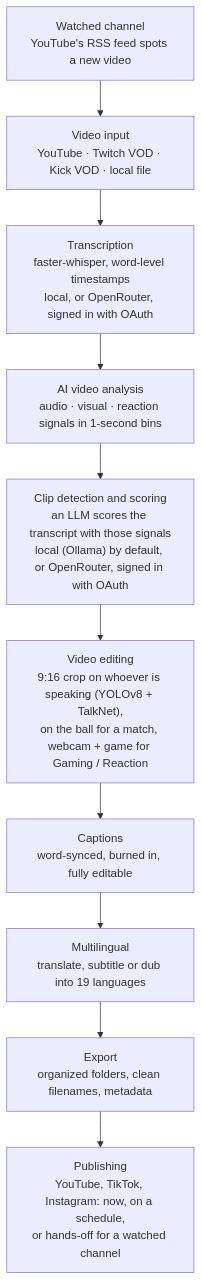
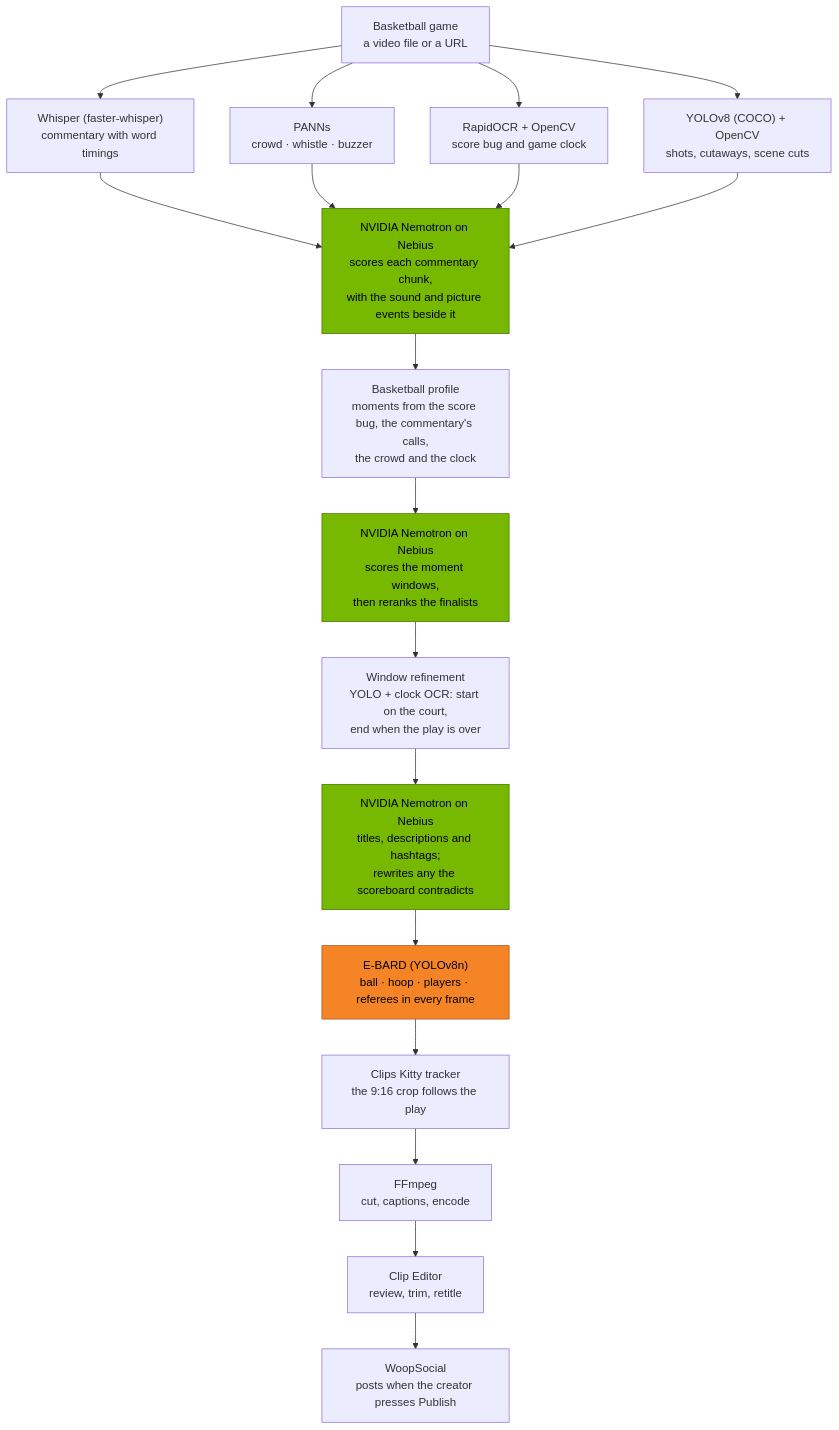
Before and after one commit to ColinGPT9/clips-kitty-nebius-basketball: the diagram in README.md, drawn with Mermaid. The commit also changed other lines of this file and 5 other files, not shown here.

````diff
--- a/README.md
+++ b/README.md
@@ -376,13 +64,22 @@
 ```mermaid
 flowchart TD
-    W["Watched channel<br/>YouTube's RSS feed spots a new video"] --> I
-    I["Video input<br/>YouTube · Twitch VOD · Kick VOD · local file"] --> T
-    T["Transcription<br/>faster-whisper, word-level timestamps<br/>local, or OpenRouter, signed in with OAuth"] --> A
-    A["AI video analysis<br/>audio · visual · reaction signals in 1-second bins"] --> S
-    S["Clip detection and scoring<br/>an LLM scores the transcript with those signals<br/>local (Ollama) by default, or OpenRouter, signed in with OAuth"] --> E
-    E["Video editing<br/>9:16 crop on whoever is speaking (YOLOv8 + TalkNet),<br/>on the ball for a match, webcam + game for Gaming / Reaction"] --> C
-    C["Captions<br/>word-synced, burned in, fully editable"] --> M
-    M["Multilingual<br/>translate, subtitle or dub into 19 languages"] --> X
-    X["Export<br/>organized folders, clean filenames, metadata"] --> P
-    P["Publishing<br/>YouTube, TikTok, Instagram: now, on a schedule,<br/>or hands-off for a watched channel"]
+    V["Basketball game<br/>a video file or a URL"] --> W & P & O & Y
+    W["Whisper (faster-whisper)<br/>commentary with word timings"] --> N1
+    P["PANNs<br/>crowd · whistle · buzzer"] --> N1
+    O["RapidOCR + OpenCV<br/>score bug and game clock"] --> N1
+    Y["YOLOv8 (COCO) + OpenCV<br/>shots, cutaways, scene cuts"] --> N1
+    N1["NVIDIA Nemotron on Nebius<br/>scores each commentary chunk,<br/>with the sound and picture events beside it"] --> B
+    B["Basketball profile<br/>moments from the score bug, the commentary's calls,<br/>the crowd and the clock"] --> N2
+    N2["NVIDIA Nemotron on Nebius<br/>scores the moment windows,<br/>then reranks the finalists"] --> R
+    R["Window refinement<br/>YOLO + clock OCR: start on the court,<br/>end when the play is over"] --> N3
+    N3["NVIDIA Nemotron on Nebius<br/>titles, descriptions and hashtags;<br/>rewrites any the scoreboard contradicts"] --> E
+    E["E-BARD (YOLOv8n)<br/>ball · hoop · players · referees in every frame"] --> T
+    T["Clips Kitty tracker<br/>the 9:16 crop follows the play"] --> F
+    F["FFmpeg<br/>cut, captions, encode"] --> C
+    C["Clip Editor<br/>review, trim, retitle"] --> S
+    S["WoopSocial<br/>posts when the creator presses Publish"]
+    classDef nemotron fill:#76b900,stroke:#4a7400,color:#000
+    classDef ebard fill:#f58426,stroke:#a8551a,color:#000
+    class N1,N2,N3 nemotron
+    class E ebard
 ```
````
